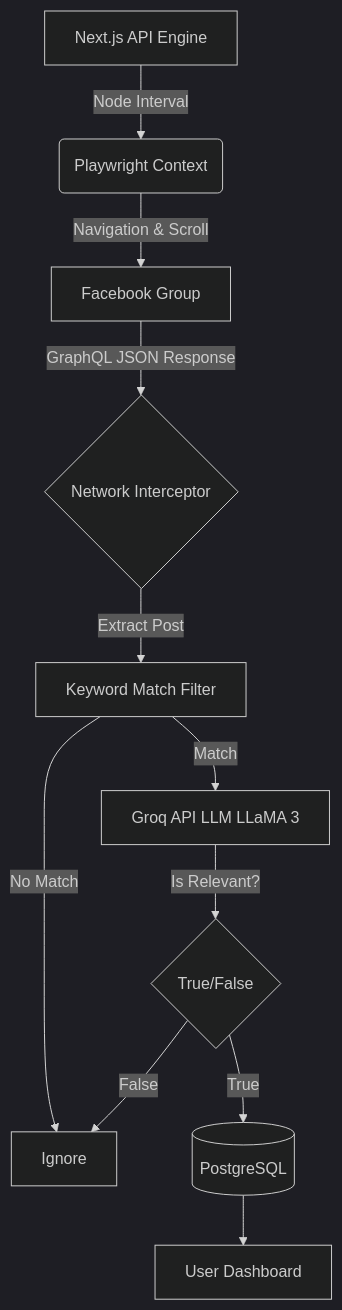
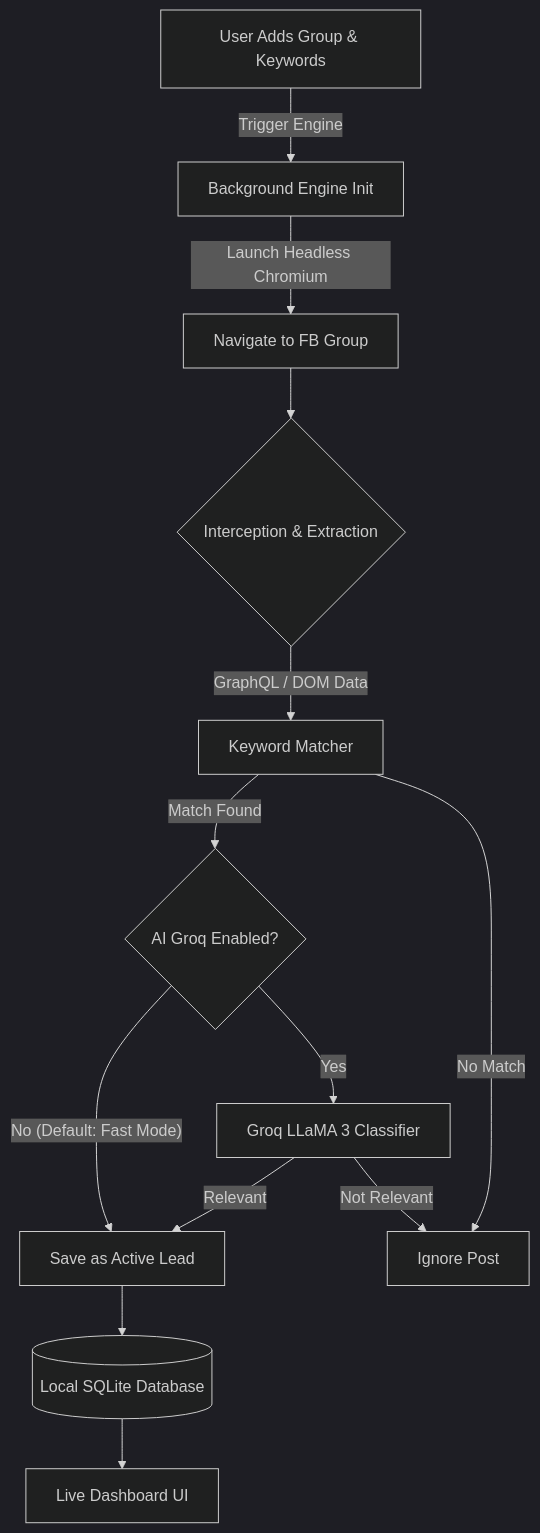
Before and after one commit to Abubakkar-Khan/Group_Scout_Electron: the first of 5 diagrams in README.md, drawn with Mermaid (dark theme). The commit also changed other lines of this file, not shown here.

Commit message:
docs: update README.md with detailed report, table of contents, and Mermaid process diagrams

````diff
--- a/README.md
+++ b/README.md
@@ -49,13 +44,15 @@
 ```mermaid
 graph TD
-    A[Next.js API Engine] -->|Node Interval| B(Playwright Context)
-    B -->|Navigation & Scroll| C[Facebook Group]
-    C -->|GraphQL JSON Response| D{Network Interceptor}
-    D -->|Extract Post| E[Keyword Match Filter]
-    E -- Match --> F[Groq API LLM LLaMA 3]
-    E -- No Match --> G[Ignore]
-    F -->|Is Relevant?| H{True/False}
-    H -- True --> I[(PostgreSQL)]
-    H -- False --> G
-    I --> J[User Dashboard]
+    A[User Adds Group & Keywords] -->|Trigger Engine| B[Background Engine Init]
+    B -->|Launch Headless Chromium| C[Navigate to FB Group]
+    C --> D{Interception & Extraction}
+    D -->|GraphQL / DOM Data| E[Keyword Matcher]
+    E -- Match Found --> F{AI Groq Enabled?}
+    E -- No Match --> G[Ignore Post]
+    F -- No (Default: Fast Mode) --> H[Save as Active Lead]
+    F -- Yes --> I[Groq LLaMA 3 Classifier]
+    I -- Relevant --> H
+    I -- Not Relevant --> G
+    H --> J[(Local SQLite Database)]
+    J --> K[Live Dashboard UI]
 ```
````
